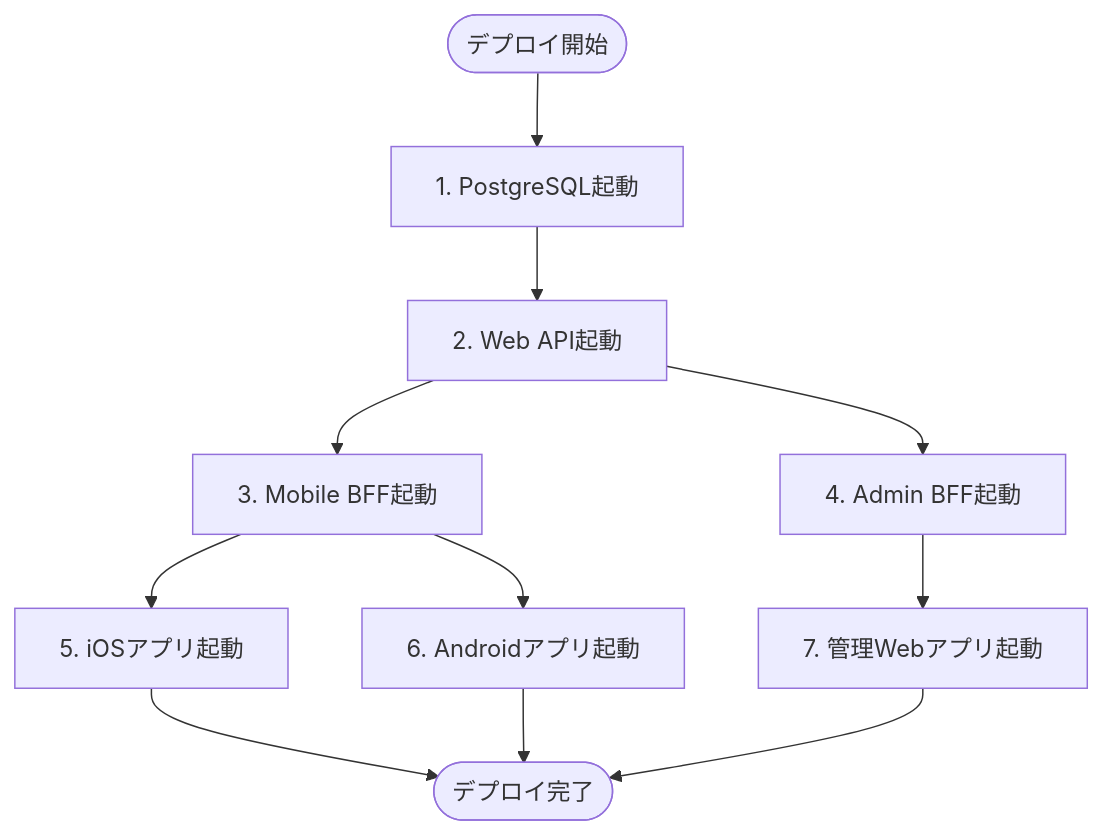
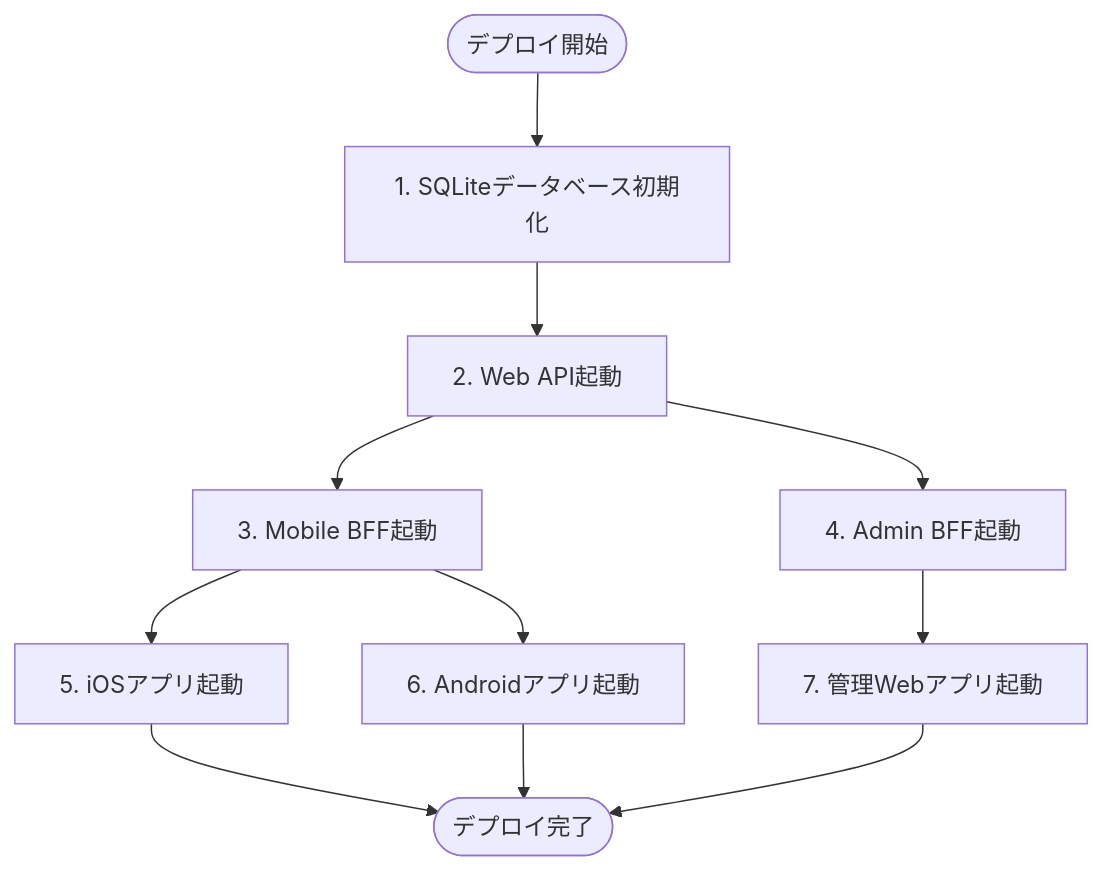
Before and after one commit to Takas0522/ws-demo-mobile-app: the second of 2 diagrams in docs/architecture/07-deployment.md, drawn with Mermaid. The commit also changed other lines of this file and 42 other files, not shown here.

````diff
--- a/docs/architecture/07-deployment.md
+++ b/docs/architecture/07-deployment.md
@@ -205,13 +204,13 @@
 ```mermaid
 graph TD
-    Start([デプロイ開始]) --> DB[1. PostgreSQL起動]
+    Start([デプロイ開始]) --> DB[1. SQLiteデータベース初期化]
     DB --> WebAPI[2. Web API起動]
     WebAPI --> BFF1[3. Mobile BFF起動]
     WebAPI --> BFF2[4. Admin BFF起動]
     BFF1 --> Client1[5. iOSアプリ起動]
     BFF1 --> Client2[6. Androidアプリ起動]
     BFF2 --> Client3[7. 管理Webアプリ起動]
     Client1 --> End([デプロイ完了])
     Client2 --> End
     Client3 --> End
 ```
````
